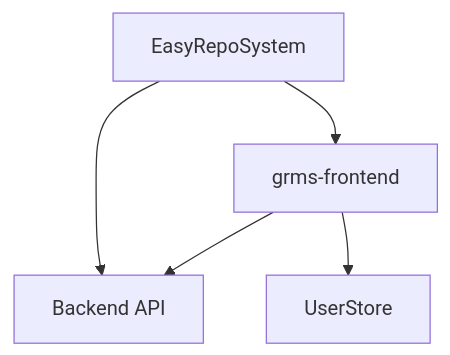
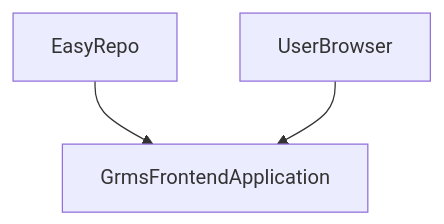
Before and after one commit to test-company-prowiz/Easy-Repo: the diagram in docs/REPOSITORY_OVERVIEW.md, drawn with Mermaid. The commit also changed other lines of this file and 2 other files, not shown here.

````diff
--- a/docs/REPOSITORY_OVERVIEW.md
+++ b/docs/REPOSITORY_OVERVIEW.md
@@ -37,7 +39,5 @@
 ```mermaid
 graph TD
-EasyRepoSystem --> GrmsFrontend[grms-frontend]
-EasyRepoSystem --> BackendAPI[Backend API]
-GrmsFrontend --> BackendAPI
-GrmsFrontend --> UserStore[UserStore]
+A[EasyRepo] --> B[GrmsFrontendApplication]
+C[UserBrowser] --> B
 ```
````
